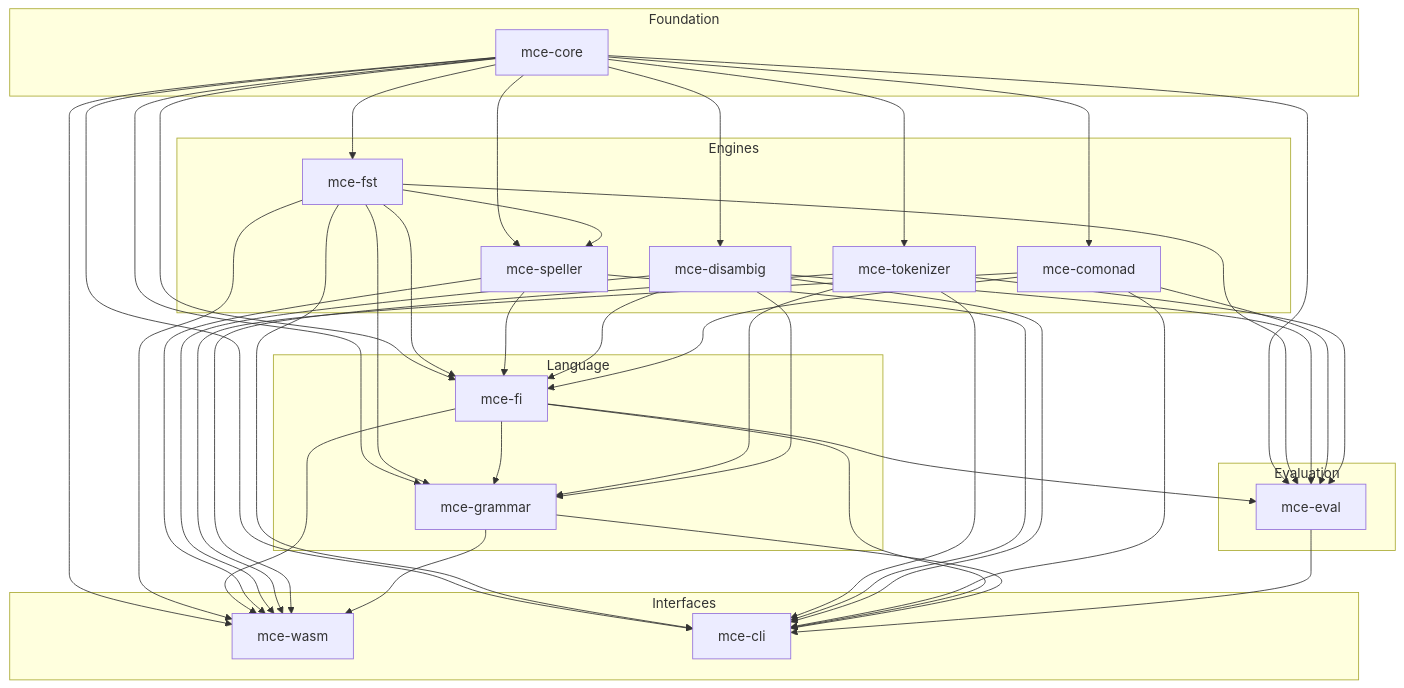
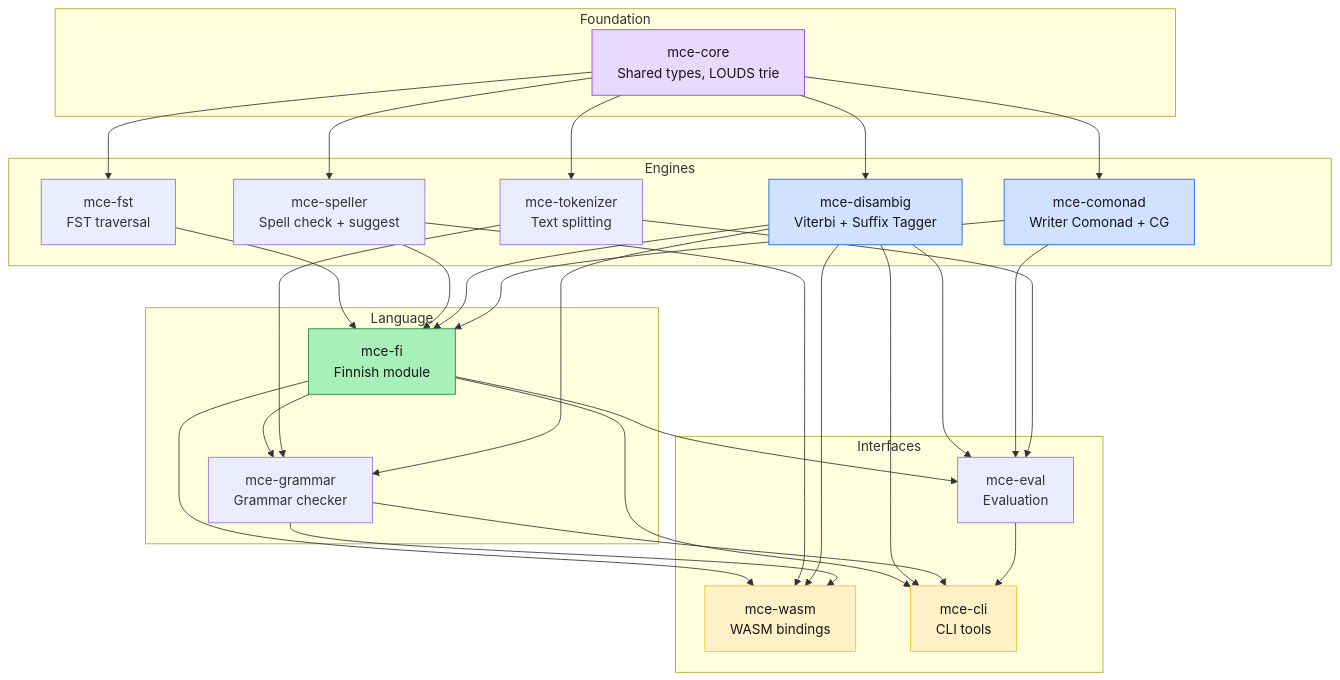
Before and after one commit to yongsk0066/mce: the second of 3 diagrams in ARCHITECTURE.md, drawn with Mermaid. The commit also changed other lines of this file and 1 other file, not shown here.

First line of the commit message:
docs: rewrite ARCHITECTURE.md — graph-first, natural flow, no bloat

````diff
--- a/ARCHITECTURE.md
+++ b/ARCHITECTURE.md
@@ -118,68 +45,39 @@
 ```mermaid
 graph TD
-    subgraph Foundation
-        core[mce-core]
-    end
+  subgraph Foundation
+    core["mce-core<br/>Shared types, LOUDS trie"]
+  end
 
-    subgraph Engines
-        fst[mce-fst]
-        tokenizer[mce-tokenizer]
-        comonad[mce-comonad]
-        disambig[mce-disambig]
-        speller[mce-speller]
-    end
+  subgraph Engines
+    fst["mce-fst<br/>FST traversal"]
+    tok["mce-tokenizer<br/>Text splitting"]
+    comonad["mce-comonad<br/>Writer Comonad + CG"]
+    disambig["mce-disambig<br/>Viterbi + Suffix Tagger"]
+    speller["mce-speller<br/>Spell check + suggest"]
+  end
 
-    subgraph Language
-        fi[mce-fi]
-        grammar[mce-grammar]
-    end
+  subgraph Language
+    fi["mce-fi<br/>Finnish module"]
+    grammar["mce-grammar<br/>Grammar checker"]
+  end
 
-    subgraph Evaluation
-        eval[mce-eval]
-    end
+  subgraph Interfaces
+    wasm["mce-wasm<br/>WASM bindings"]
+    cli["mce-cli<br/>CLI tools"]
+    eval["mce-eval<br/>Evaluation"]
+  end
 
-    subgraph Interfaces
-        wasm[mce-wasm]
-        cli[mce-cli]
-    end
+  core --> fst & tok & comonad & disambig & speller
+  fst & speller & disambig & comonad --> fi
+  fi & tok & disambig --> grammar
+  fi & disambig & comonad & tok --> eval
+  fi & speller & disambig & grammar --> wasm
+  fi & disambig & grammar & eval --> cli
 
-    core --> fst
-    core --> tokenizer
-    core --> comonad
-    core --> disambig
-    core --> speller
-    fst --> speller
-    core --> fi
-    fst --> fi
-    speller --> fi
-    disambig --> fi
-    comonad --> fi
-    core --> grammar
-    fst --> grammar
-    fi --> grammar
-    tokenizer --> grammar
-    disambig --> grammar
-    core --> eval
-    fst --> eval
-    fi --> eval
-    disambig --> eval
-    comonad --> eval
-    tokenizer --> eval
-    core --> wasm
-    fst --> wasm
-    fi --> wasm
-    speller --> wasm
-    disambig --> wasm
-    comonad --> wasm
-    tokenizer --> wasm
-    grammar --> wasm
-    core --> cli
-    fst --> cli
-    tokenizer --> cli
-    speller --> cli
-    disambig --> cli
-    comonad --> cli
-    fi --> cli
-    grammar --> cli
-    eval --> cli
+  style core fill:#e8daff,color:#161616,stroke:#8a3ffc
+  style comonad fill:#d0e2ff,color:#161616,stroke:#0f62fe
+  style disambig fill:#d0e2ff,color:#161616,stroke:#0f62fe
+  style fi fill:#a7f0ba,color:#161616,stroke:#198038
+  style wasm fill:#fff1c7,color:#161616,stroke:#f1c21b
+  style cli fill:#fff1c7,color:#161616,stroke:#f1c21b
 ```
````
